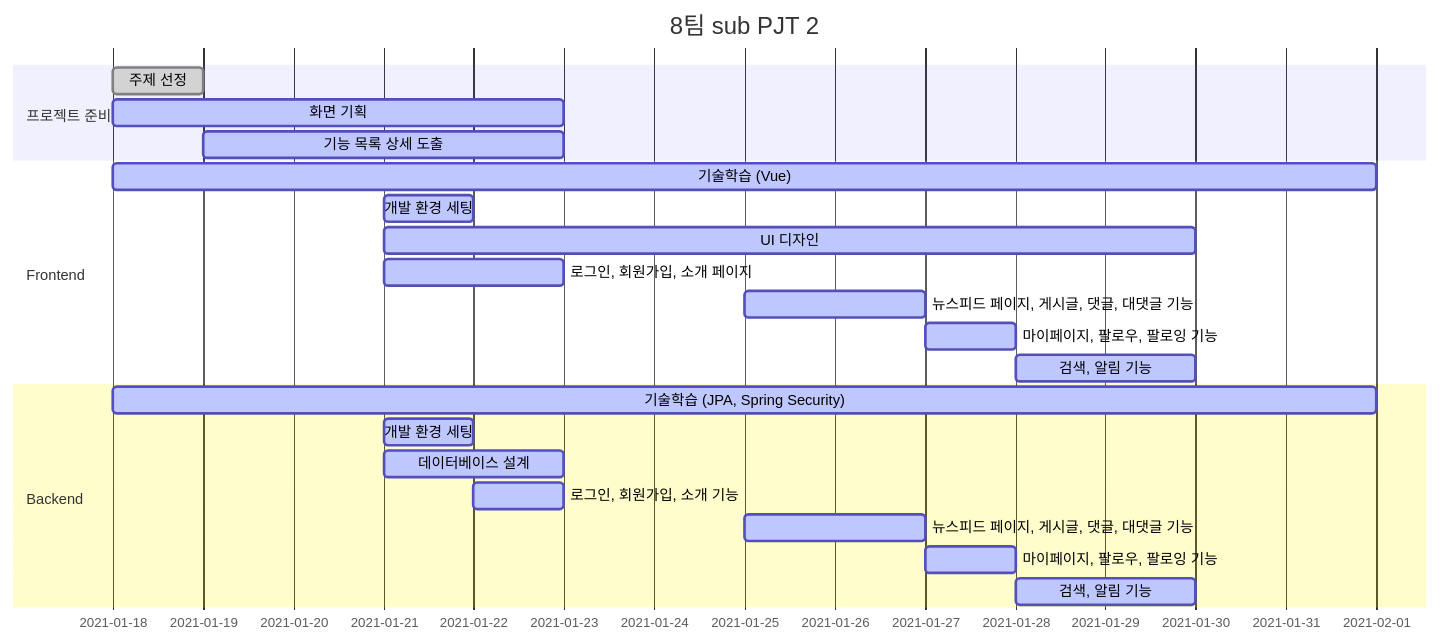
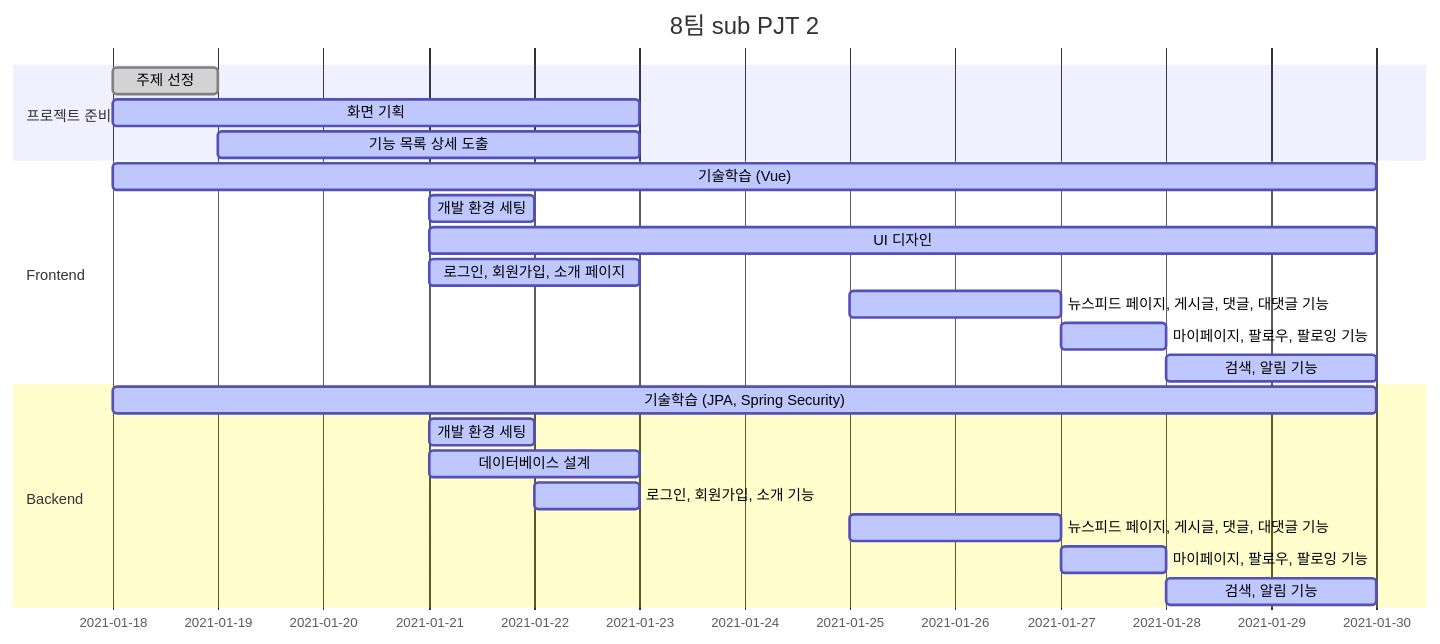
Before and after one commit to mingddo/3PM: the diagram in README.md, drawn with Mermaid.

````diff
--- a/README.md
+++ b/README.md
@@ -15,31 +15,31 @@
 ```mermaid
 gantt
     dateFormat  YYYY-MM-DD
     title       8팀 sub PJT 2
     %% excludes    weekends
     %% (`excludes` accepts specific dates in YYYY-MM-DD format, days of the week ("sunday") or "weekends", but not the word "weekdays".)
 
     section 프로젝트 준비
     주제 선정                  :done,    2021-01-18, 1d
     화면 기획                  :active,    2021-01-18, 5d
     기능 목록 상세 도출          :active,  2021-01-19, 4d
     
     section Frontend
-    기술학습 (Vue)  :active, 2021-01-18, 14d
+    기술학습 (Vue)  :active, 2021-01-18, 12d
     개발 환경 세팅 : active, 2021-01-21, 1d
     UI 디자인   :active, 2021-01-21, 9d
     로그인, 회원가입, 소개 페이지   :active, 2021-01-21, 2d
     뉴스피드 페이지, 게시글, 댓글, 대댓글 기능    :active, 2021-01-25, 2d
     마이페이지, 팔로우, 팔로잉 기능 :active, 2021-01-27, 1d
     검색, 알림 기능 :active, 2021-01-28, 2d
 
     section Backend
-    기술학습 (JPA, Spring Security)  :active, 2021-01-18, 14d
+    기술학습 (JPA, Spring Security)  :active, 2021-01-18, 12d
     개발 환경 세팅 : active, 2021-01-21, 1d
     데이터베이스 설계   : active, 2021-01-21, 2d
     로그인, 회원가입, 소개 기능   :active, 2021-01-22, 1d
     뉴스피드 페이지, 게시글, 댓글, 대댓글 기능    :active, 2021-01-25, 2d
     마이페이지, 팔로우, 팔로잉 기능 :active, 2021-01-27, 1d
     검색, 알림 기능 :active, 2021-01-28, 2d
 
 ```
````
